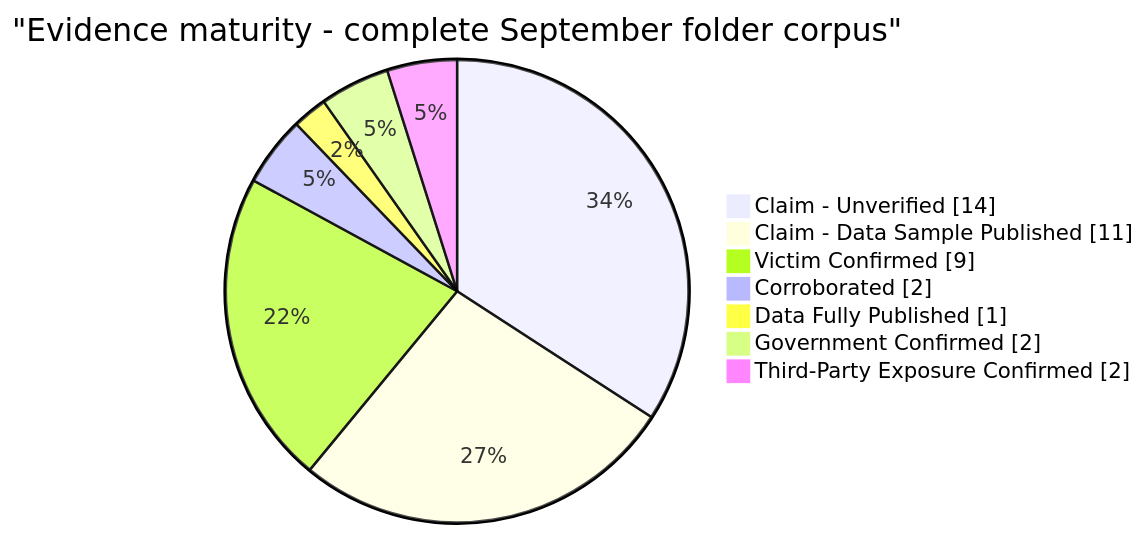
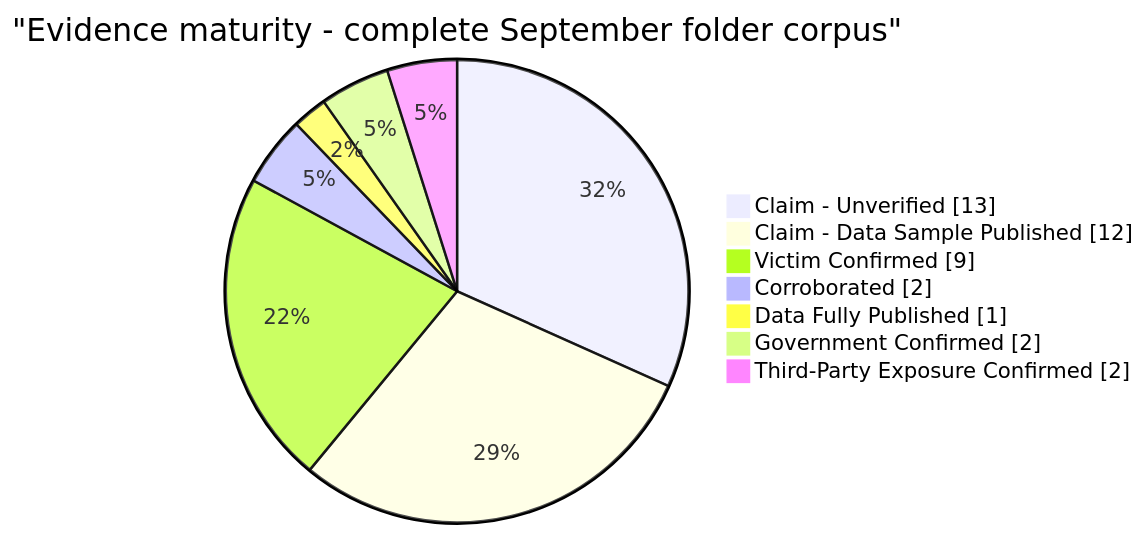
One commit to Hatchepsoute/AFRINTEL changed the eighth of 10 diagrams in CyberAttackAfrica/2026/09-september/README.md. Above: the diagram before and after it, drawn with Mermaid. The commit also changed other lines of this file and 18 other files, not shown here.

````diff
--- a/CyberAttackAfrica/2026/09-september/README.md
+++ b/CyberAttackAfrica/2026/09-september/README.md
@@ -227,11 +239,11 @@
 ```mermaid
 pie showData
     title "Evidence maturity  -  complete September folder corpus"
-    "Claim - Unverified" : 14
-    "Claim - Data Sample Published" : 11
+    "Claim - Unverified" : 13
+    "Claim - Data Sample Published" : 12
     "Victim Confirmed" : 9
     "Corroborated" : 2
     "Data Fully Published" : 1
     "Government Confirmed" : 2
     "Third-Party Exposure Confirmed" : 2
 ```
````
